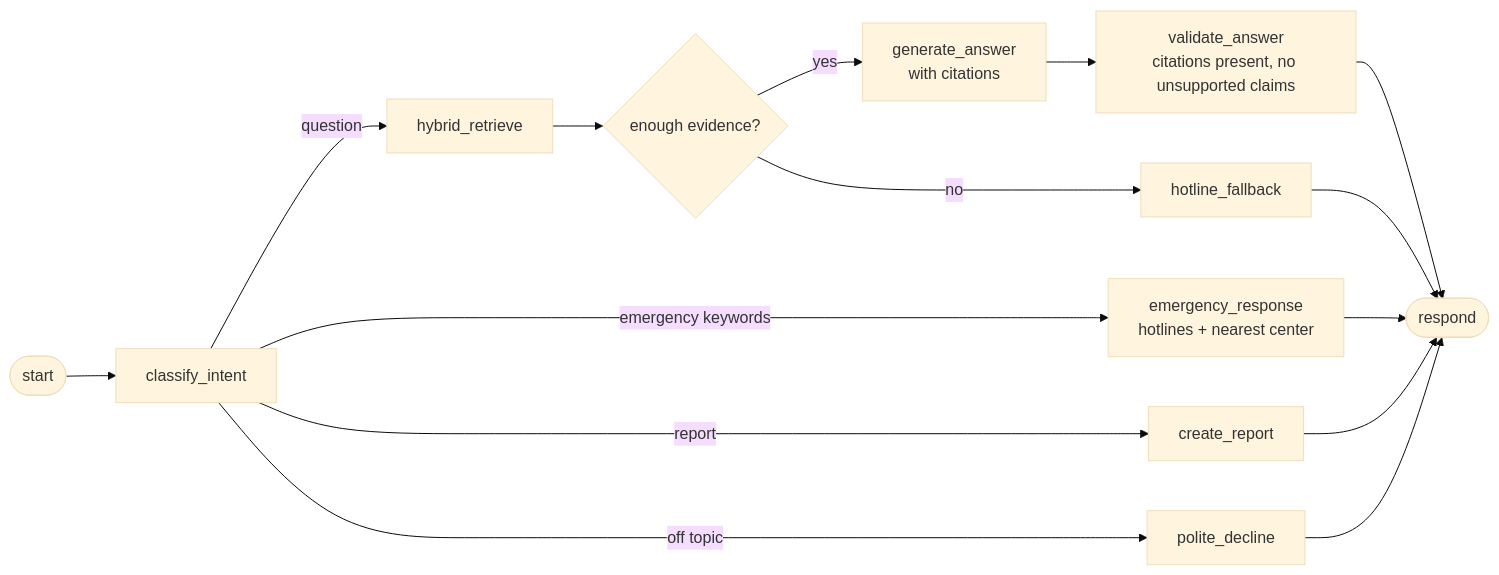
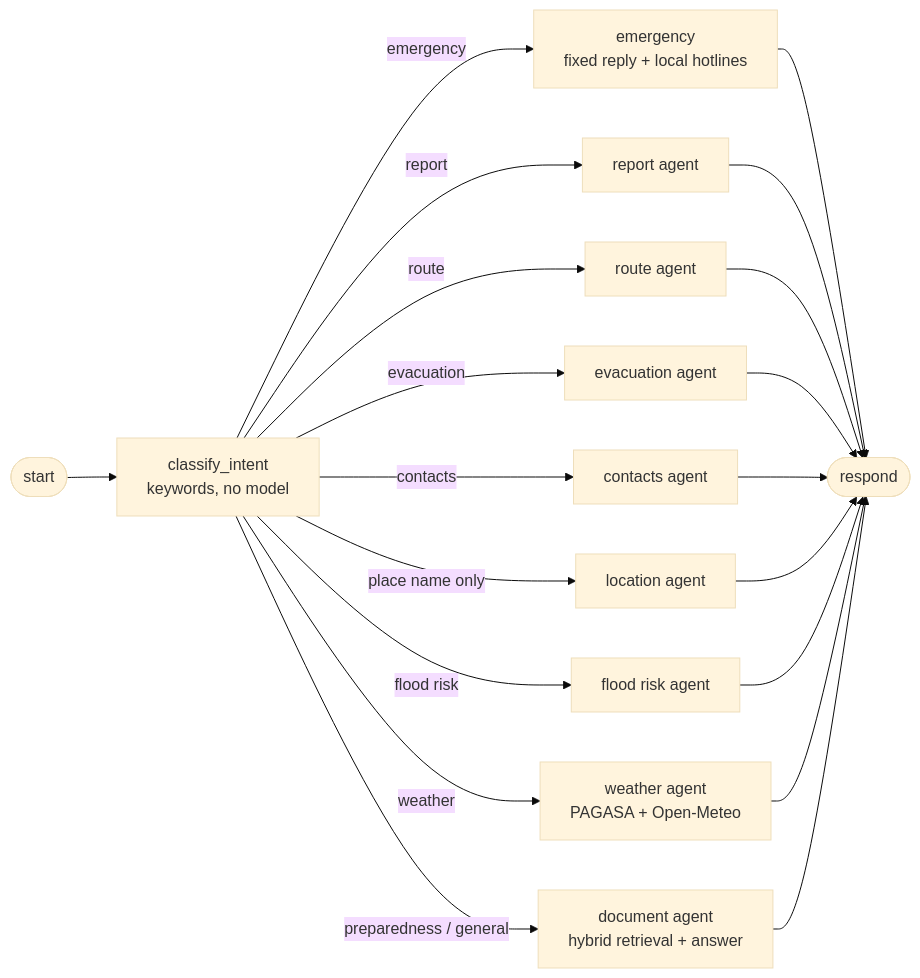
Before and after one commit to kennethmedes28/AI-Mihan: the second of 4 diagrams in docs/backend_architecture.md, drawn with Mermaid (base theme). The commit also changed other lines of this file and 31 other files, not shown here.

````diff
--- a/docs/backend_architecture.md
+++ b/docs/backend_architecture.md
@@ -79,17 +112,22 @@
 ```mermaid
 flowchart LR
-    S([start]) --> I[classify_intent]
-    I -->|question| R[hybrid_retrieve]
-    I -->|emergency keywords| E[emergency_response<br/>hotlines + nearest center]
-    I -->|report| RP[create_report]
-    I -->|off topic| OT[polite_decline]
-    R --> G{enough evidence?}
-    G -->|yes| A[generate_answer<br/>with citations]
-    G -->|no| F[hotline_fallback]
-    A --> V[validate_answer<br/>citations present, no unsupported claims]
-    V --> O([respond])
-    F --> O
-    E --> O
+    S([start]) --> K[classify_intent<br/>keywords, no model]
+    K -->|emergency| E[emergency<br/>fixed reply + local hotlines]
+    K -->|report| RP[report agent]
+    K -->|route| RT[route agent]
+    K -->|evacuation| EV[evacuation agent]
+    K -->|contacts| C[contacts agent]
+    K -->|place name only| L[location agent]
+    K -->|flood risk| FR[flood risk agent]
+    K -->|weather| W[weather agent<br/>PAGASA + Open-Meteo]
+    K -->|preparedness / general| D[document agent<br/>hybrid retrieval + answer]
+    E --> O([respond])
     RP --> O
-    OT --> O
+    RT --> O
+    EV --> O
+    C --> O
+    L --> O
+    FR --> O
+    W --> O
+    D --> O
 ```
````
